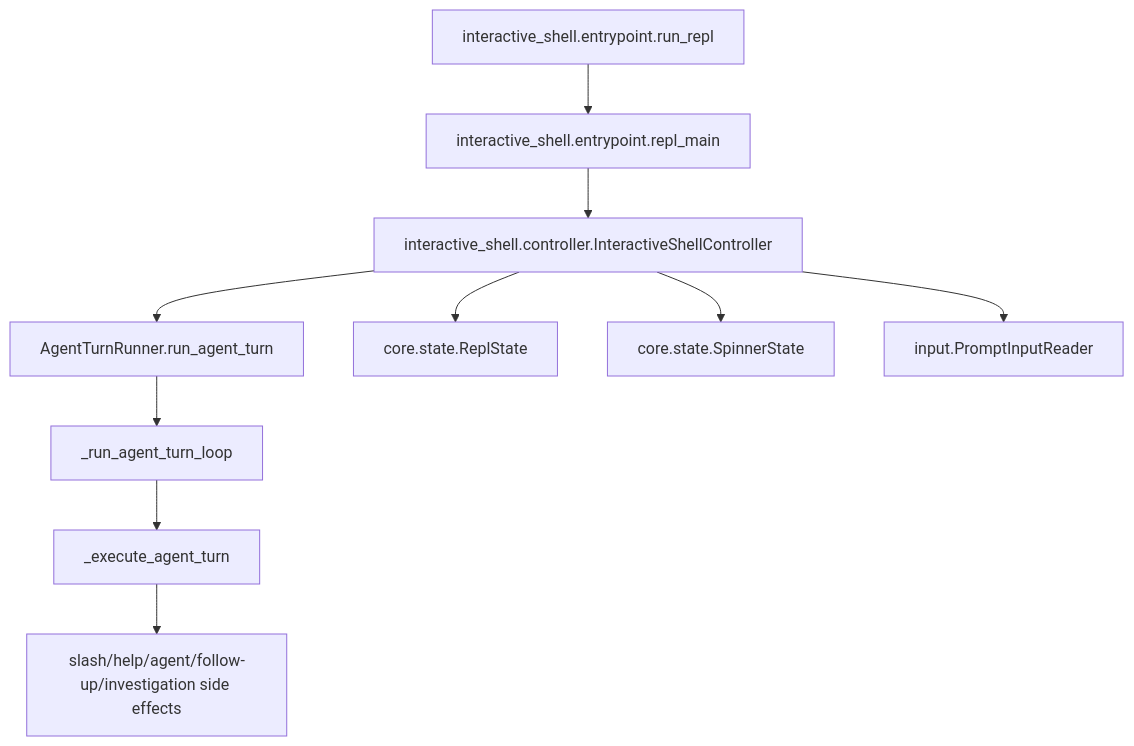
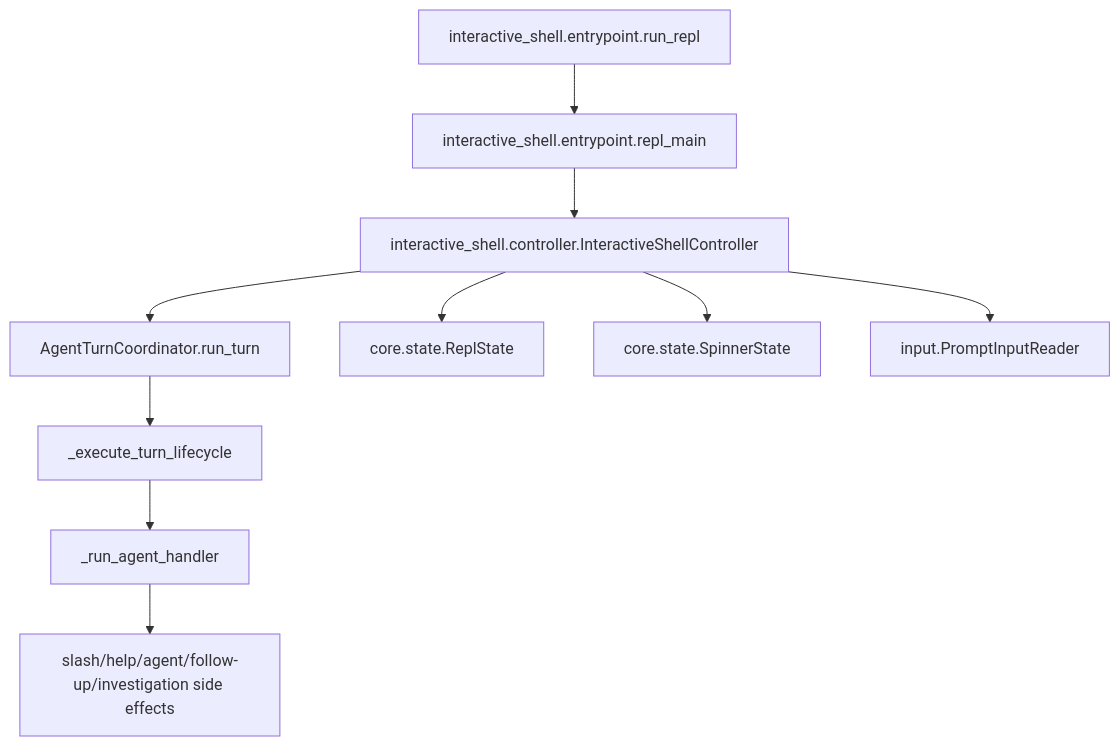
One commit to SawhneySatvik/opensre changed the diagram in interactive_shell/runtime/AGENTS.md. Above: the diagram before and after it, drawn with Mermaid. The commit also changed other lines of this file and 3 other files, not shown here.

First line of the commit message:
refactor(interactive_shell): tidy AgentTurnCoordinator and sync docs

````diff
--- a/interactive_shell/runtime/AGENTS.md
+++ b/interactive_shell/runtime/AGENTS.md
@@ -94,12 +94,12 @@
 ```mermaid
 flowchart TD
   runRepl["interactive_shell.entrypoint.run_repl"] --> replMain["interactive_shell.entrypoint.repl_main"]
   replMain --> controller["interactive_shell.controller.InteractiveShellController"]
-  controller --> shellTurn["AgentTurnRunner.run_agent_turn"]
-  shellTurn --> executeTurn["_run_agent_turn_loop"]
-  executeTurn --> dispatchTurn["_execute_agent_turn"]
+  controller --> shellTurn["AgentTurnCoordinator.run_turn"]
+  shellTurn --> executeTurn["_execute_turn_lifecycle"]
+  executeTurn --> dispatchTurn["_run_agent_handler"]
   dispatchTurn --> sideEffects["slash/help/agent/follow-up/investigation side effects"]
   controller --> replState["core.state.ReplState"]
   controller --> spinnerState["core.state.SpinnerState"]
   controller --> inputReader["input.PromptInputReader"]
 ```
````
